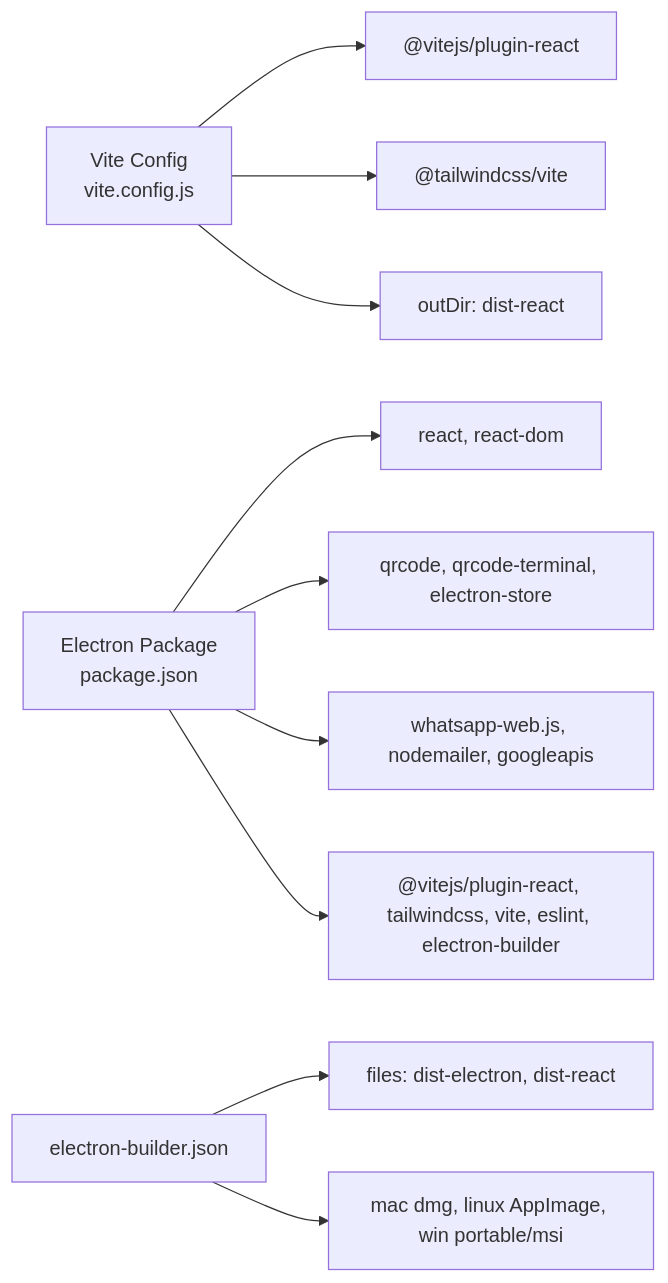
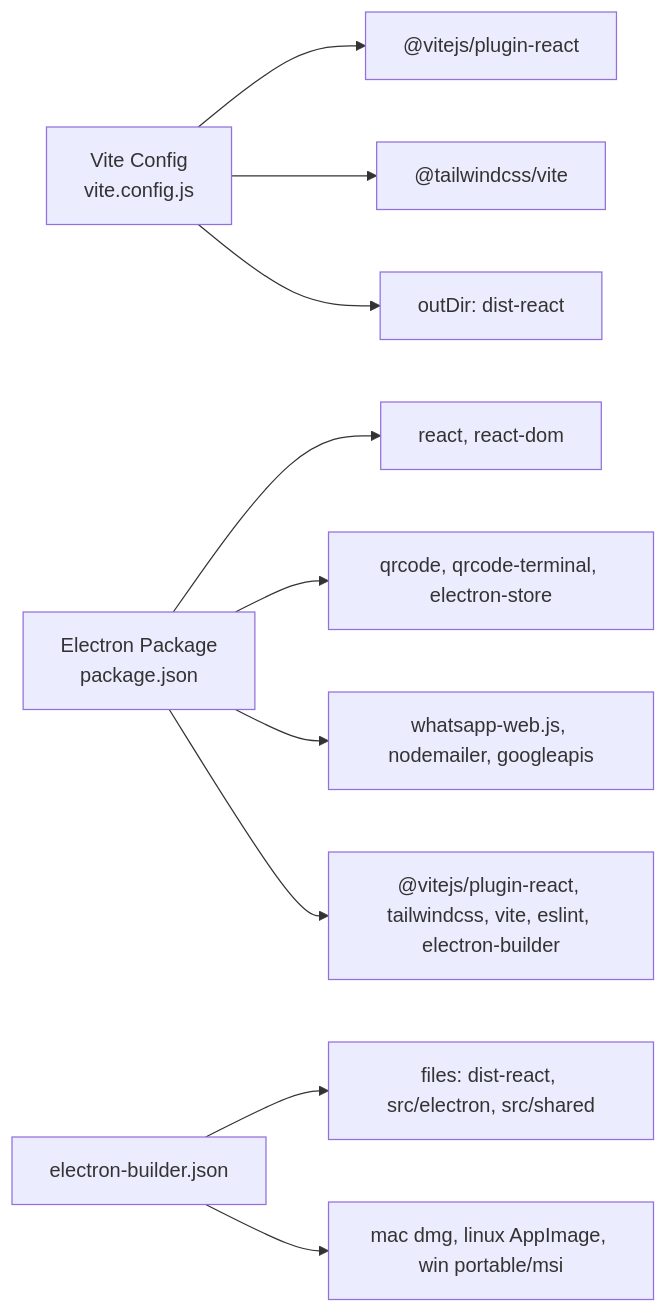
The sixth of 7 diagrams in src/data/docs/bulk-messaging-system/Development Guidelines.md (tashifkhan/tashif.codes), drawn with Mermaid before and after one commit. The commit also changed other lines of this file and 2128 other files, not shown here.

First line of the commit message:
docs: replace raster diagram images with native Mermaid across project guides

````diff
--- a/src/data/docs/bulk-messaging-system/Development Guidelines.md
+++ b/src/data/docs/bulk-messaging-system/Development Guidelines.md
@@ -164,12 +164,12 @@
 ```mermaid
 graph LR
 Vite["Vite Config<br/>vite.config.js"] --> ReactPlugin["@vitejs/plugin-react"]
 Vite --> Tailwind["@tailwindcss/vite"]
 Vite --> OutDir["outDir: dist-react"]
 ElectronPkg["Electron Package<br/>package.json"] --> ReactDeps["react, react-dom"]
 ElectronPkg --> UIUtils["qrcode, qrcode-terminal, electron-store"]
 ElectronPkg --> Integrations["whatsapp-web.js, nodemailer, googleapis"]
 ElectronPkg --> Tooling["@vitejs/plugin-react, tailwindcss, vite, eslint, electron-builder"]
-Builder["electron-builder.json"] --> Files["files: dist-electron, dist-react"]
+Builder["electron-builder.json"] --> Files["files: dist-react, src/electron, src/shared"]
 Builder --> Targets["mac dmg, linux AppImage, win portable/msi"]
 ```
````
